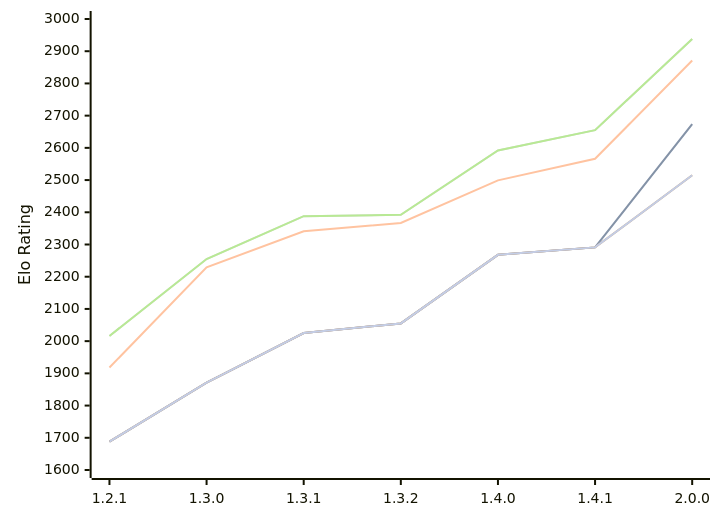
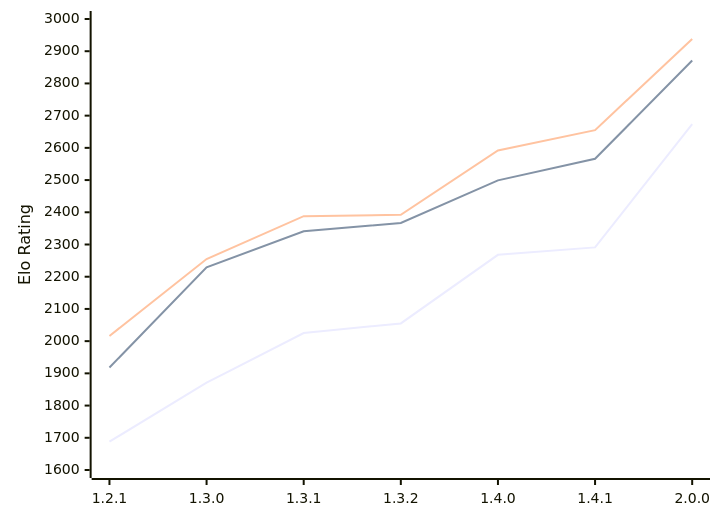
Before and after one commit to computer-chess-index/cci: the diagram in engines/Chal.md, drawn with Mermaid. The commit also changed other lines of this file, not shown here.

````diff
--- a/engines/Chal.md
+++ b/engines/Chal.md
@@ -53,13 +53,9 @@
 ```mermaid
 %%{init: {"theme":"base","themeVariables":{"seriesColors:['#a3a3a3','#222221','#faa371']}}}%%
 xychart-beta
   x-axis ["1.2.1", "1.3.0", "1.3.1", "1.3.2", "1.4.0", "1.4.1", "2.0.0"]
   y-axis "Elo Rating" 1600 --> 3000
-  line "" [1688, 1871, 2025, 2055, 2268, 2291, 2674]
   line "T1: STC (8.0+0.08s)" [1688, 1871, 2025, 2055, 2268, 2291, 2674]
   line "T1: LTC (60.0+0.60s)" [1918, 2229, 2341, 2367, 2499, 2566, 2871]
-  line "" [2016, 2255, 2388, 2392, 2592, 2655, 2938]
   line "T1: VLTC (2m24s+1.12s)" [2016, 2255, 2388, 2392, 2592, 2655, 2938]
-  line "" [1688, 1871, 2025, 2055, 2268, 2291,2515]
-  line "E1: STC (8.0+0.08s)" [1688, 1871, 2025, 2055, 2268, 2291,2515]
 ```
````
